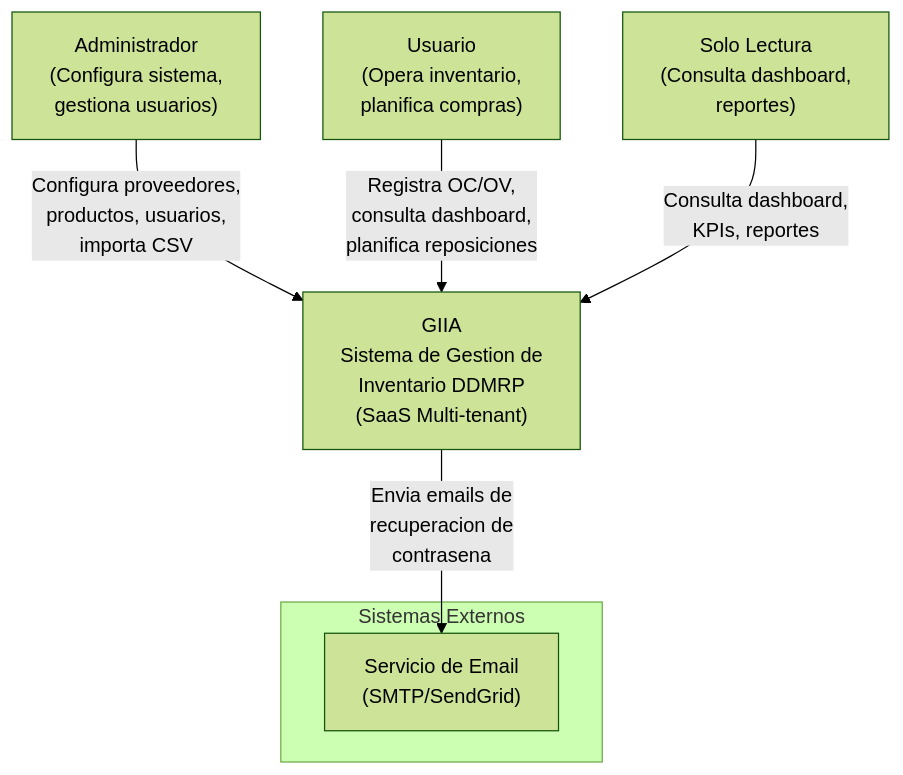
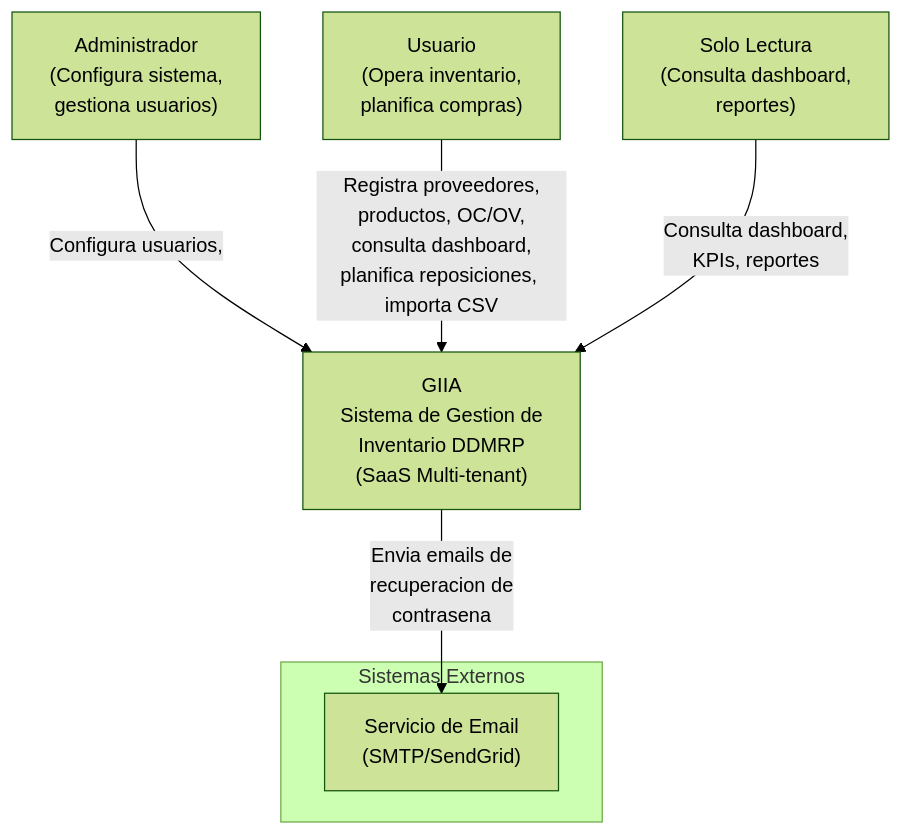
One commit to melegattip/giia-docs changed the first of 32 diagrams in docs/design/design-document.md. Above: the diagram before and after it, drawn with Mermaid (forest theme).

Commit message:
Update user roles and permissions in design document

````diff
--- a/docs/design/design-document.md
+++ b/docs/design/design-document.md
@@ -132,17 +132,17 @@
 ```mermaid
 graph TB
     subgraph ext["Sistemas Externos"]
         EMAIL["Servicio de Email<br/>(SMTP/SendGrid)"]
     end
 
     ADMIN["Administrador<br/>(Configura sistema,<br/>gestiona usuarios)"]
     USER["Usuario<br/>(Opera inventario,<br/>planifica compras)"]
     READONLY["Solo Lectura<br/>(Consulta dashboard,<br/>reportes)"]
 
     GIIA["GIIA<br/>Sistema de Gestion de<br/>Inventario DDMRP<br/>(SaaS Multi-tenant)"]
 
-    ADMIN -->|"Configura proveedores,<br/>productos, usuarios,<br/>importa CSV"| GIIA
-    USER -->|"Registra OC/OV,<br/>consulta dashboard,<br/>planifica reposiciones"| GIIA
+    ADMIN -->|"Configura usuarios,<br/>"| GIIA
+    USER -->|"Registra proveedores,<br/>productos, OC/OV,<br/>consulta dashboard,<br/>planifica reposiciones", importa CSV| GIIA
     READONLY -->|"Consulta dashboard,<br/>KPIs, reportes"| GIIA
     GIIA -->|"Envia emails de<br/>recuperacion de<br/>contrasena"| EMAIL
 ```
````
